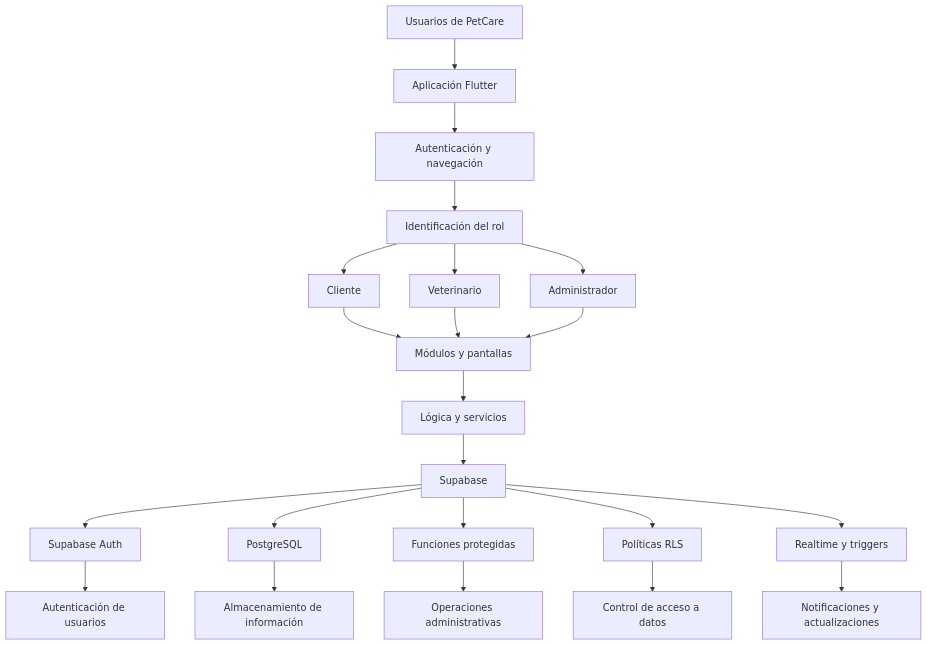
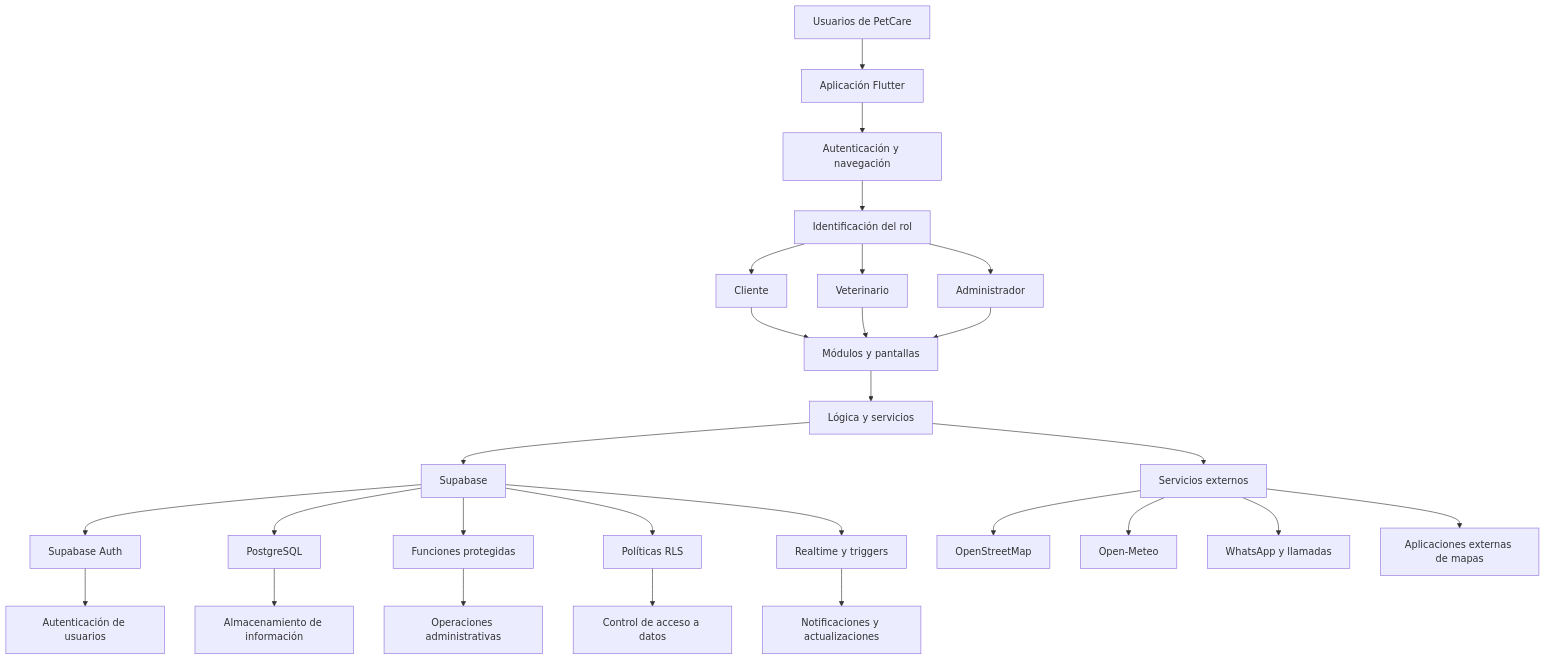
One commit to AM1-LosMosqueperris/Mosqueperris changed the first of 2 diagrams in doc/05_arquitectura_del_sistema.md. Above: the diagram before and after it, drawn with Mermaid. The commit also changed other lines of this file and 24 other files, not shown here.

````diff
--- a/doc/05_arquitectura_del_sistema.md
+++ b/doc/05_arquitectura_del_sistema.md
@@ -24,30 +27,37 @@
 ```mermaid
 flowchart TD
     A[Usuarios de PetCare] --> B[Aplicación Flutter]
 
     B --> C[Autenticación y navegación]
     C --> D[Identificación del rol]
 
     D --> E[Cliente]
     D --> F[Veterinario]
     D --> G[Administrador]
 
     E --> H[Módulos y pantallas]
     F --> H
     G --> H
 
     H --> I[Lógica y servicios]
+
     I --> J[Supabase]
+    I --> K[Servicios externos]
 
-    J --> K[Supabase Auth]
-    J --> L[PostgreSQL]
-    J --> M[Funciones protegidas]
-    J --> N[Políticas RLS]
-    J --> O[Realtime y triggers]
+    J --> L[Supabase Auth]
+    J --> M[PostgreSQL]
+    J --> N[Funciones protegidas]
+    J --> O[Políticas RLS]
+    J --> P[Realtime y triggers]
 
-    K --> P[Autenticación de usuarios]
-    L --> Q[Almacenamiento de información]
-    M --> R[Operaciones administrativas]
-    N --> S[Control de acceso a datos]
-    O --> T[Notificaciones y actualizaciones]
+    L --> Q[Autenticación de usuarios]
+    M --> R[Almacenamiento de información]
+    N --> S[Operaciones administrativas]
+    O --> T[Control de acceso a datos]
+    P --> U[Notificaciones y actualizaciones]
+
+    K --> V[OpenStreetMap]
+    K --> W[Open-Meteo]
+    K --> X[WhatsApp y llamadas]
+    K --> Y[Aplicaciones externas de mapas]
 ```
````
